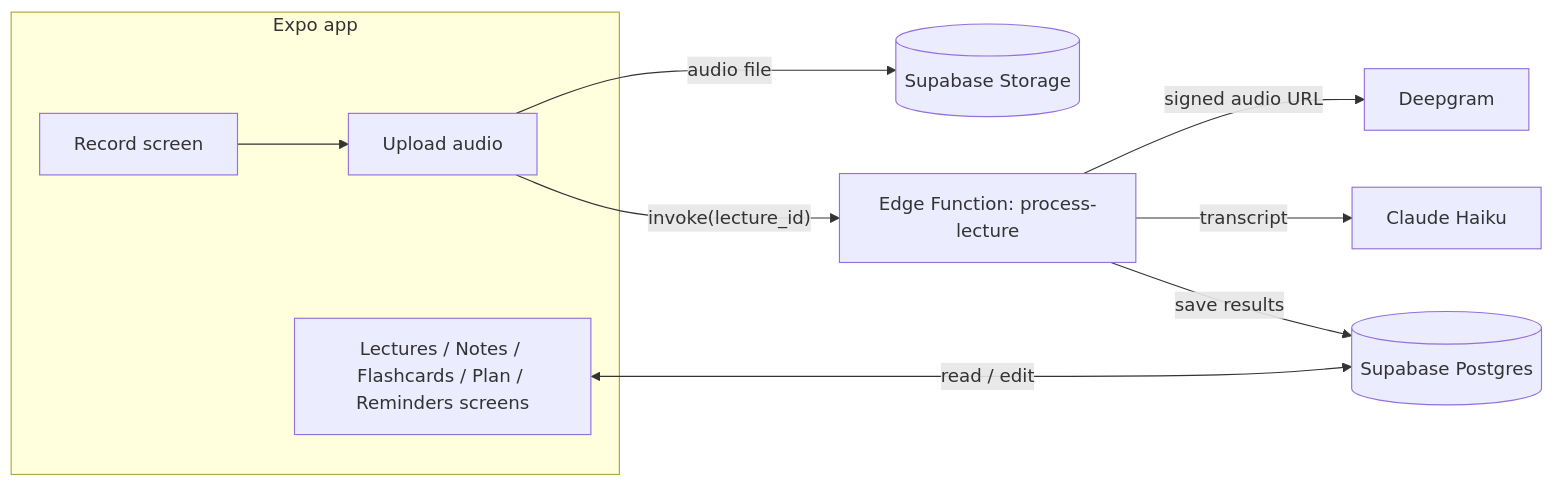
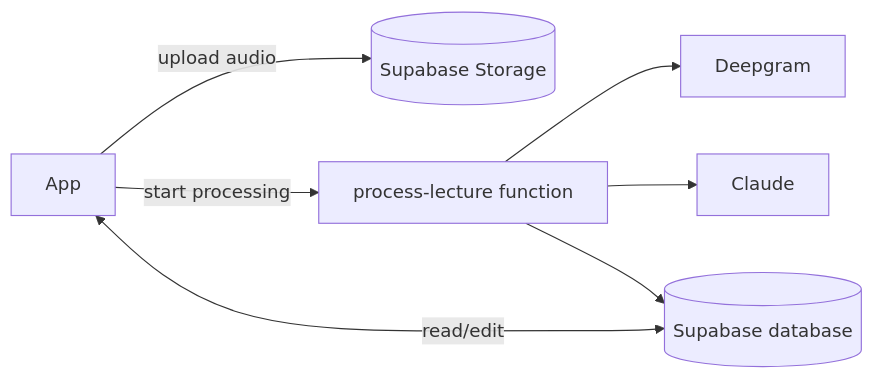
One commit to TrentFisher6/cs321-lecture-recorder changed the diagram in docs/ARCHITECTURE.md. Above: the diagram before and after it, drawn with Mermaid. The commit also changed other lines of this file, not shown here.

````diff
--- a/docs/ARCHITECTURE.md
+++ b/docs/ARCHITECTURE.md
@@ -23,13 +16,9 @@
 ```mermaid
 flowchart LR
-  subgraph Phone["Expo app"]
-    R[Record screen] --> U[Upload audio]
-    L[Lectures / Notes / Flashcards / Plan / Reminders screens]
-  end
-  U -->|audio file| S[(Supabase Storage)]
-  U -->|"invoke(lecture_id)"| F[Edge Function: process-lecture]
-  F -->|signed audio URL| D[Deepgram]
-  F -->|transcript| C[Claude Haiku]
-  F -->|save results| DB[(Supabase Postgres)]
-  L <-->|read / edit| DB
+  App -->|upload audio| Storage[(Supabase Storage)]
+  App -->|start processing| Fn[process-lecture function]
+  Fn --> Deepgram
+  Fn --> Claude
+  Fn --> DB[(Supabase database)]
+  App <-->|read/edit| DB
 ```
````
